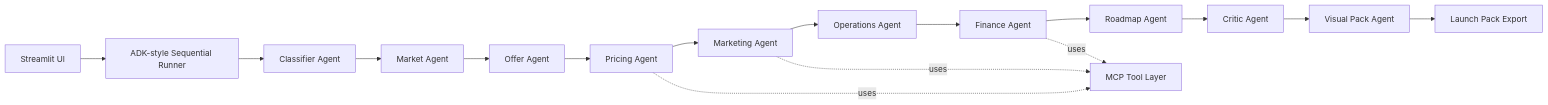
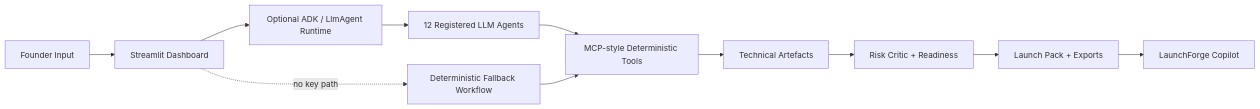
Before and after one commit to kishwatch0802-commits/launchforge-ai-agent: the diagram in README.md, drawn with Mermaid. The commit also changed other lines of this file and 37 other files, not shown here.

Commit message:
Working Streamlit LaunchForge with contextual Copilot

````diff
--- a/README.md
+++ b/README.md
@@ -58,18 +71,13 @@
 ```mermaid
 flowchart LR
-    UI[Streamlit UI] --> Runtime[ADK-style Sequential Runner]
-    Runtime --> C[Classifier Agent]
-    C --> M[Market Agent]
-    M --> O[Offer Agent]
-    O --> P[Pricing Agent]
-    P --> MK[Marketing Agent]
-    MK --> OPS[Operations Agent]
-    OPS --> F[Finance Agent]
-    F --> R[Roadmap Agent]
-    R --> CR[Critic Agent]
-    CR --> V[Visual Pack Agent]
-    V --> Pack[Launch Pack Export]
-    MK -. uses .-> MCP[MCP Tool Layer]
-    F -. uses .-> MCP
-    P -. uses .-> MCP
+    Founder[Founder Input] --> UI[Streamlit Dashboard]
+    UI --> ADK[Optional ADK / LlmAgent Runtime]
+    ADK --> Team[12 Registered LLM Agents]
+    Team --> Tools[MCP-style Deterministic Tools]
+    Tools --> Artefacts[Technical Artefacts]
+    Artefacts --> Critic[Risk Critic + Readiness]
+    Critic --> Pack[Launch Pack + Exports]
+    Pack --> Copilot[LaunchForge Copilot]
+    UI -. no key path .-> Fallback[Deterministic Fallback Workflow]
+    Fallback --> Tools
 ```
````
